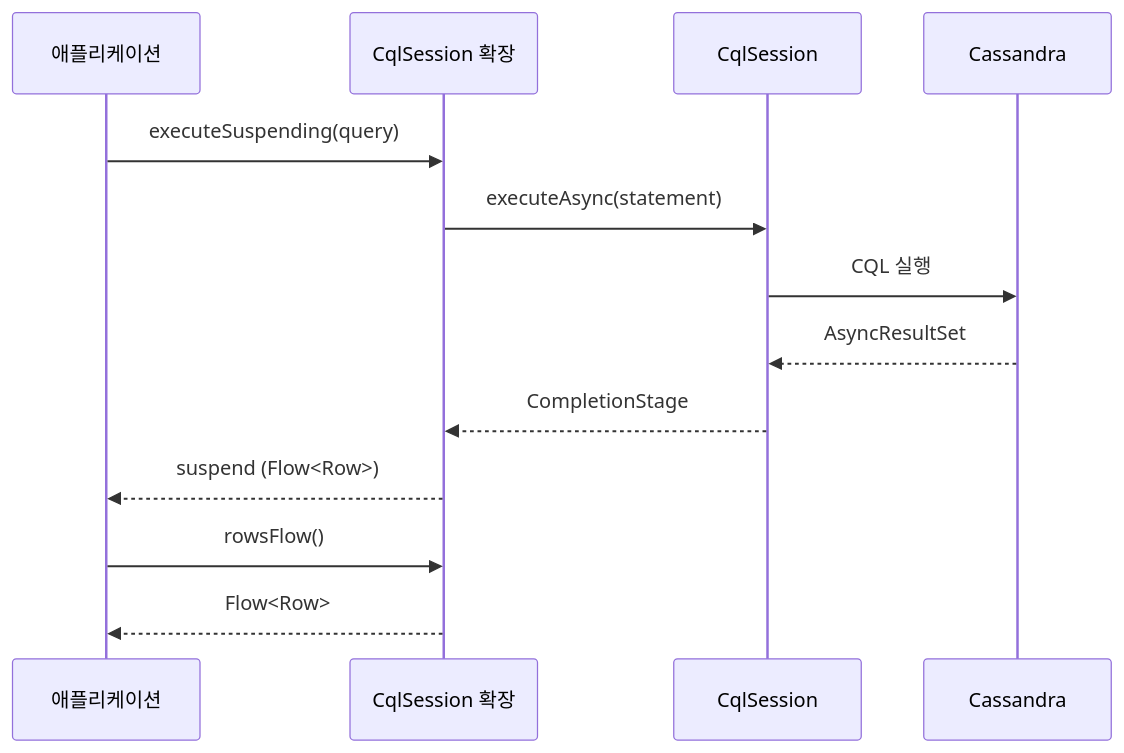
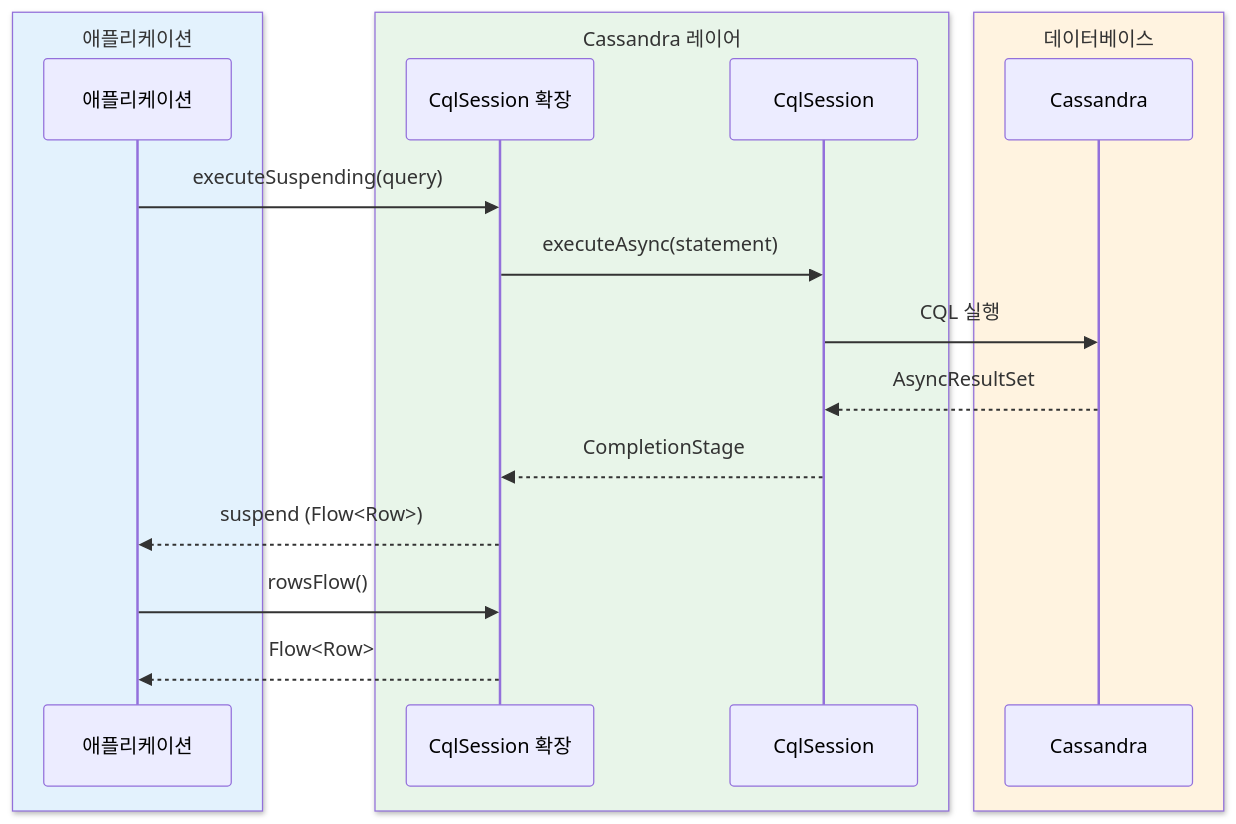
Before and after one commit to bluetape4k/bluetape4k-projects: the third of 3 diagrams in data/cassandra/README.ko.md, drawn with Mermaid. The commit also changed other lines of this file and 221 other files, not shown here.

First line of the commit message:
docs: 전체 모듈 README UML 다이어그램 보강 및 색상 업그레이드

````diff
--- a/data/cassandra/README.ko.md
+++ b/data/cassandra/README.ko.md
@@ -421,16 +429,22 @@
 ```mermaid
 sequenceDiagram
-    participant App as 애플리케이션
-    participant Ext as CqlSession 확장
-    participant Session as CqlSession
-    participant DB as Cassandra
+    box rgb(227, 242, 253) 애플리케이션
+        participant App as 애플리케이션
+    end
+    box rgb(232, 245, 233) Cassandra 레이어
+        participant Ext as CqlSession 확장
+        participant Session as CqlSession
+    end
+    box rgb(255, 243, 224) 데이터베이스
+        participant DB as Cassandra
+    end
 
     App->>Ext: executeSuspending(query)
     Ext->>Session: executeAsync(statement)
     Session->>DB: CQL 실행
     DB-->>Session: AsyncResultSet
     Session-->>Ext: CompletionStage
     Ext-->>App: suspend (Flow<Row>)
     App->>Ext: rowsFlow()
     Ext-->>App: Flow<Row>
 ```
````
